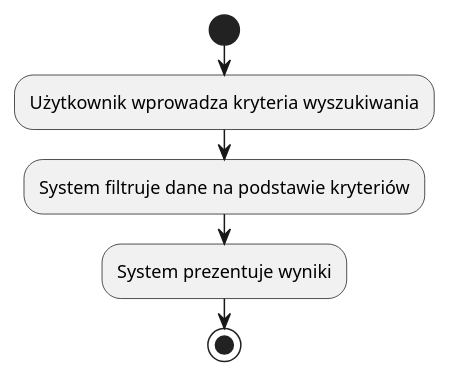
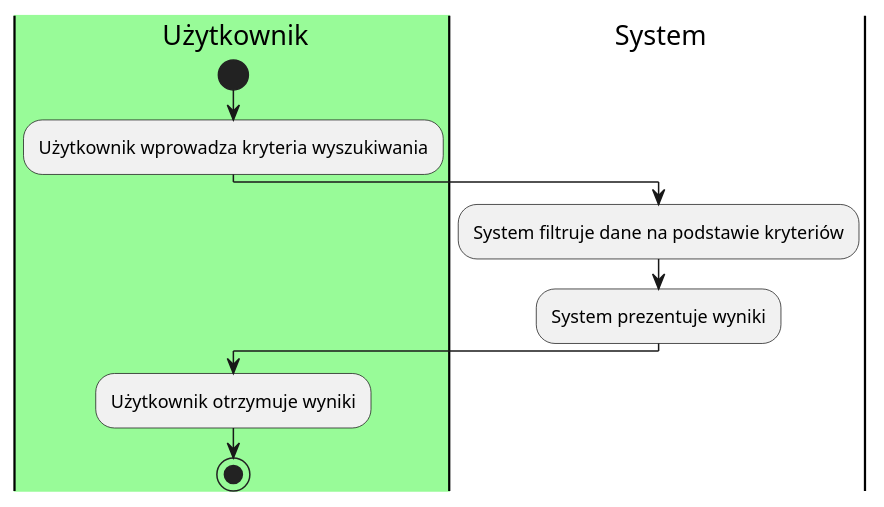
The diagram in dokumentacja/specyfikacja.wymagan/2.opis.biznesu/procesy.biznesowe/procesy/PB0004.puml (aleksanderpiluk/IWO), drawn with PlantUML before and after one commit.

```diff
--- a/dokumentacja/specyfikacja.wymagan/2.opis.biznesu/procesy.biznesowe/procesy/PB0004.puml
+++ b/dokumentacja/specyfikacja.wymagan/2.opis.biznesu/procesy.biznesowe/procesy/PB0004.puml
@@ -1,8 +1,15 @@
 @startuml
+|#palegreen|u| Użytkownik
+|s| System
+
+|u|
 start
-
 :Użytkownik wprowadza kryteria wyszukiwania;
+|s|
 :System filtruje dane na podstawie kryteriów;
+|s|
 :System prezentuje wyniki;
+|u|
+:Użytkownik otrzymuje wyniki;
 stop
 @enduml
```
